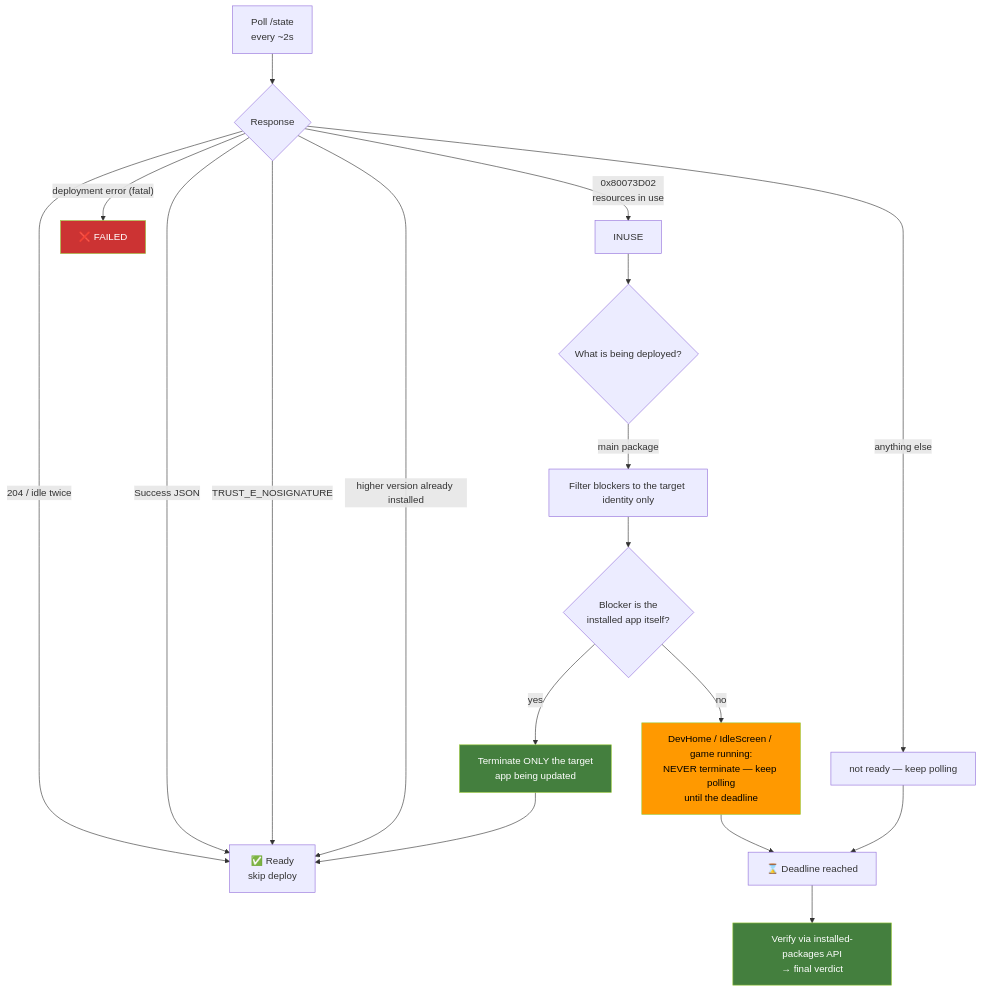
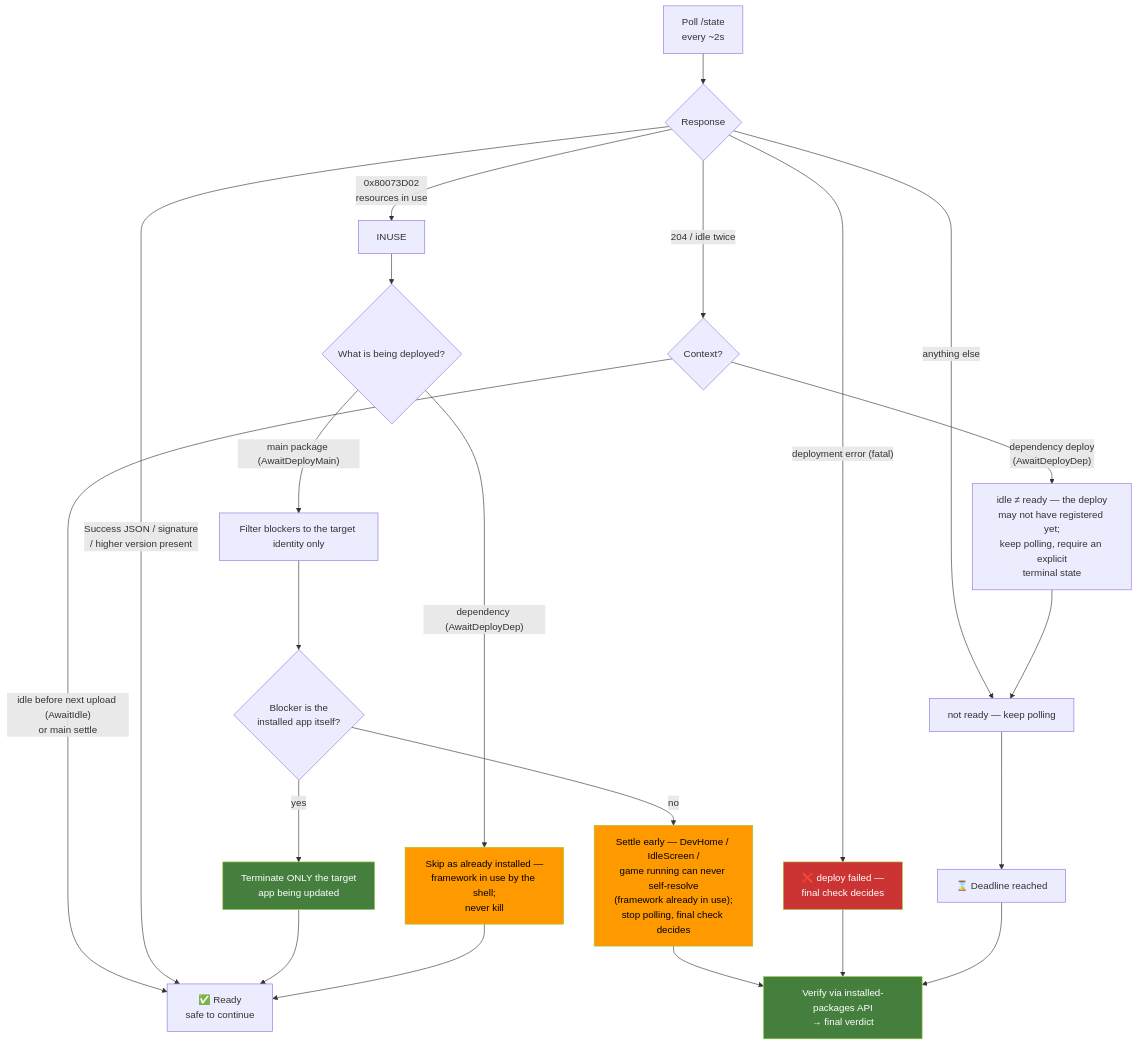
The sixth of 9 diagrams in docs/integration-package-installation-flow.md (marcelofrau/xb-homebrew-vault), drawn with Mermaid before and after one commit. The commit also changed other lines of this file and 1 other file, not shown here.

First line of the commit message:
docs: track D02 dep-settle fix (install-flow v2.1) + tech-debt refresh

````diff
--- a/docs/integration-package-installation-flow.md
+++ b/docs/integration-package-installation-flow.md
@@ -350,29 +350,34 @@
 ```mermaid
 flowchart TD
     START["Poll /state<br/>every ~2s"] --> BODY{"Response"}
 
-    BODY -- "204 / idle twice" --> READY["✅ Ready<br/>safe to continue"]
-    BODY -- "Success JSON" --> READY
-    BODY -- "TRUST_E_NOSIGNATURE" --> READY
-    BODY -- "higher version already installed" --> READY["✅ Ready<br/>skip deploy"]
+    BODY -- "204 / idle twice" --> IDLE{"Context?"}
+    IDLE -- "idle before next upload (AwaitIdle)<br/>or main settle" --> READY["✅ Ready<br/>safe to continue"]
+    IDLE -- "dependency deploy<br/>(AwaitDeployDep)" --> DEPIDLE["idle ≠ ready — the deploy<br/>may not have registered yet;<br/>keep polling, require an explicit<br/>terminal state"]
+
+    BODY -- "Success JSON / signature<br/>/ higher version present" --> READY
     BODY -- "0x80073D02<br/>resources in use" --> INUSE
+    BODY -- "deployment error (fatal)" --> FAIL["❌ deploy failed —<br/>final check decides"]
+    BODY -- "anything else" --> POLLMORE["not ready — keep polling"]
 
     INUSE --> TYPE{"What is being deployed?"}
-    TYPE -- "main package" --> FILTER["Filter blockers to the target identity only"]
+    TYPE -- "main package (AwaitDeployMain)" --> FILTER["Filter blockers to the target identity only"]
     FILTER --> TARGET{"Blocker is the<br/>installed app itself?"}
     TARGET -- "yes" --> KILL["Terminate ONLY the target<br/>app being updated"]
-    TARGET -- "no" --> WAIT["DevHome / IdleScreen / game running:<br/>NEVER terminate — keep polling<br/>until the deadline"]
+    TARGET -- "no" --> SETTLE["Settle early — DevHome / IdleScreen /<br/>game running can never self-resolve<br/>(framework already in use);<br/>stop polling, final check decides"]
+    TYPE -- "dependency (AwaitDeployDep)" --> D02SKIP["Skip as already installed —<br/>framework in use by the shell;<br/>never kill"]
     KILL --> READY
-    WAIT --> TIMEOUT
+    SETTLE --> VERIFY
+    D02SKIP --> READY
+    DEPIDLE --> POLLMORE
 
-    BODY -- "deployment error (fatal)" --> FAIL["❌ FAILED"]
-    BODY -- "anything else" --> POLLMORE["not ready — keep polling"]
     POLLMORE --> TIMEOUT["⌛ Deadline reached"]
-
+    FAIL --> VERIFY
     TIMEOUT --> VERIFY["Verify via installed-packages API<br/>→ final verdict"]
 
     style KILL fill:#447F3E,stroke:#9ACA3C,color:#fff
-    style WAIT fill:#FF9900,stroke:#9ACA3C,color:#000
+    style SETTLE fill:#FF9900,stroke:#9ACA3C,color:#000
+    style D02SKIP fill:#FF9900,stroke:#9ACA3C,color:#000
     style FAIL fill:#CC3333,stroke:#9ACA3C,color:#fff
     style VERIFY fill:#447F3E,stroke:#9ACA3C,color:#fff
 ```
````
